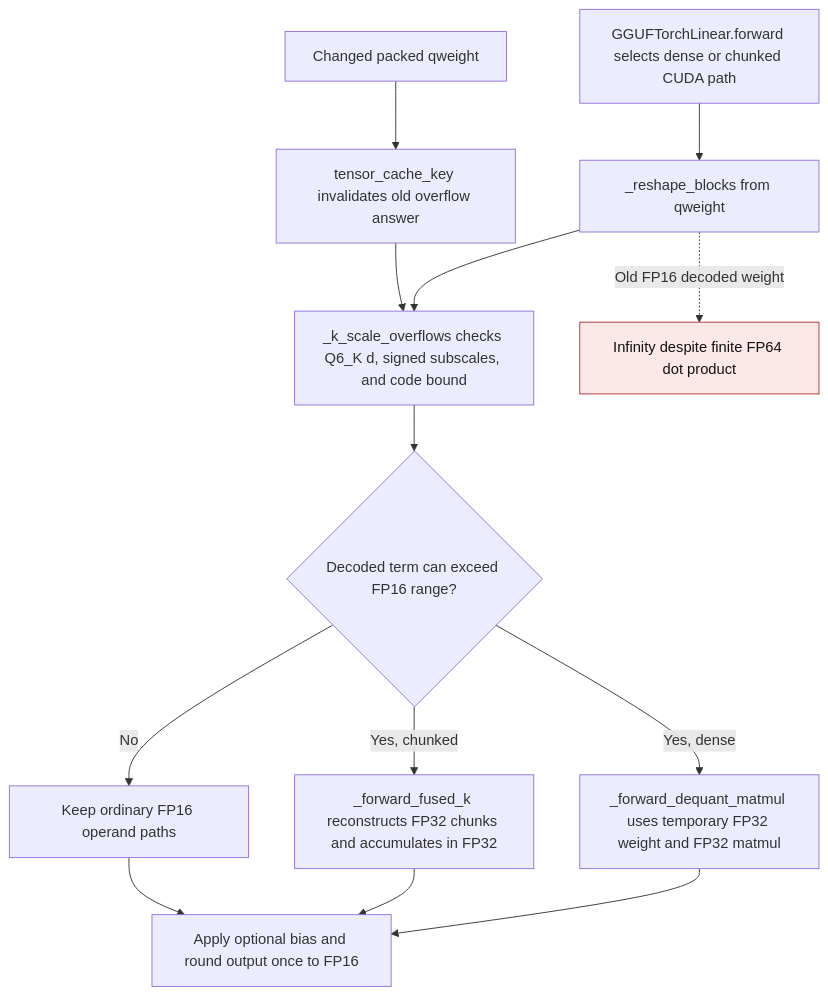
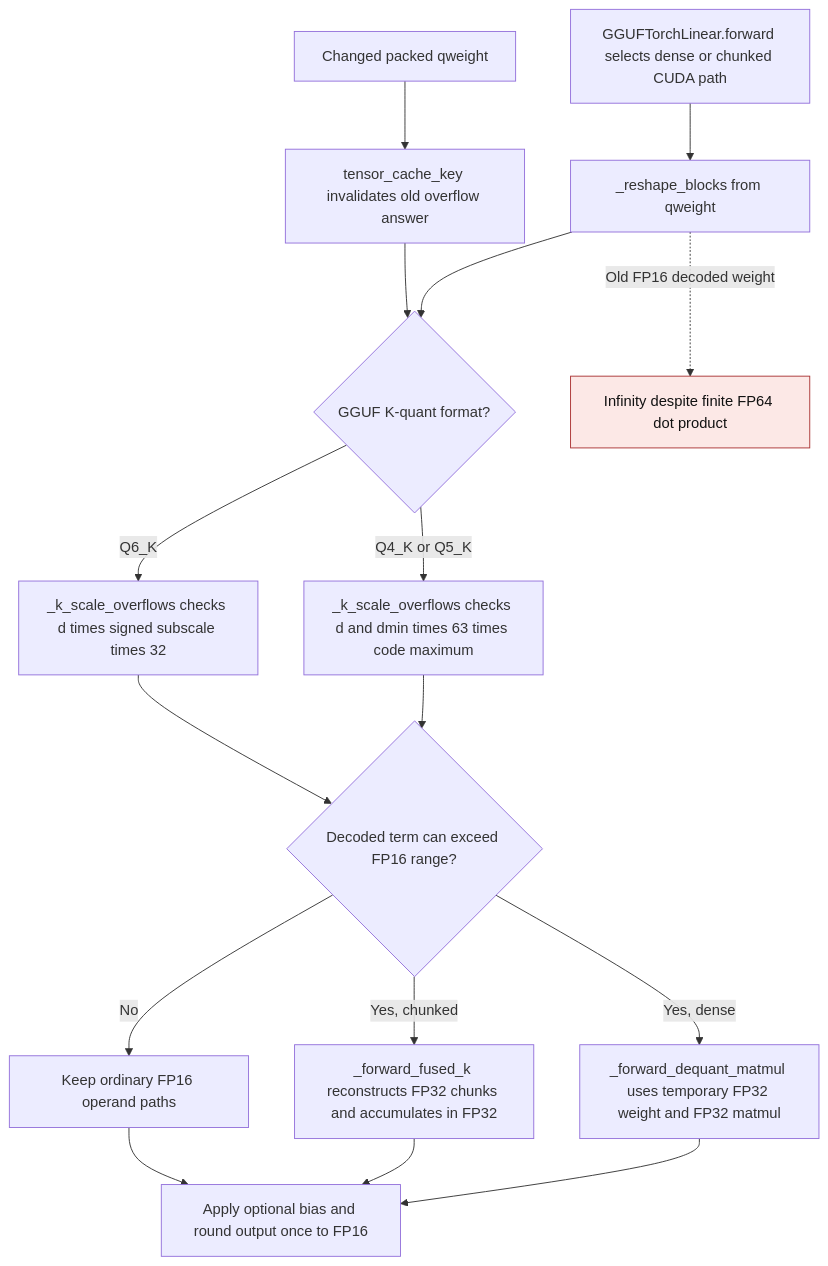
One commit to ModelCloud/GPTQModel changed the second of 2 diagrams in docs/gguf-k-scale-overflow-cache.md. Above: the diagram before and after it, drawn with Mermaid. The commit also changed other lines of this file and 3 other files, not shown here.

Commit message:
Keep Q4_K and Q5_K dense CUDA fallback wide when needed

````diff
--- a/docs/gguf-k-scale-overflow-cache.md
+++ b/docs/gguf-k-scale-overflow-cache.md
@@ -80,17 +84,20 @@
 ```mermaid
 flowchart TD
     A["GGUFTorchLinear.forward selects dense or chunked CUDA path"] --> B["_reshape_blocks from qweight"]
-    B --> C["_k_scale_overflows checks Q6_K d, signed subscales, and code bound"]
-    C --> D{"Decoded term can exceed FP16 range?"}
-    D -- "Yes, dense" --> E["_forward_dequant_matmul uses temporary FP32 weight and FP32 matmul"]
-    D -- "Yes, chunked" --> F["_forward_fused_k reconstructs FP32 chunks and accumulates in FP32"]
-    D -- "No" --> G["Keep ordinary FP16 operand paths"]
-    E --> H["Apply optional bias and round output once to FP16"]
-    F --> H
-    G --> H
-    I["Changed packed qweight"] --> J["tensor_cache_key invalidates old overflow answer"]
-    J --> C
+    B --> C{"GGUF K-quant format?"}
+    C -- "Q4_K or Q5_K" --> D["_k_scale_overflows checks d and dmin times 63 times code maximum"]
+    C -- "Q6_K" --> E["_k_scale_overflows checks d times signed subscale times 32"]
+    D --> F{"Decoded term can exceed FP16 range?"}
+    E --> F
+    F -- "Yes, dense" --> G["_forward_dequant_matmul uses temporary FP32 weight and FP32 matmul"]
+    F -- "Yes, chunked" --> H["_forward_fused_k reconstructs FP32 chunks and accumulates in FP32"]
+    F -- "No" --> I["Keep ordinary FP16 operand paths"]
+    G --> J["Apply optional bias and round output once to FP16"]
+    H --> J
+    I --> J
+    K["Changed packed qweight"] --> L["tensor_cache_key invalidates old overflow answer"]
+    L --> C
     B -. "Old FP16 decoded weight" .-> X["Infinity despite finite FP64 dot product"]
     classDef failure fill:#fce8e6,stroke:#a33,color:#111
     class X failure
 ```
````
